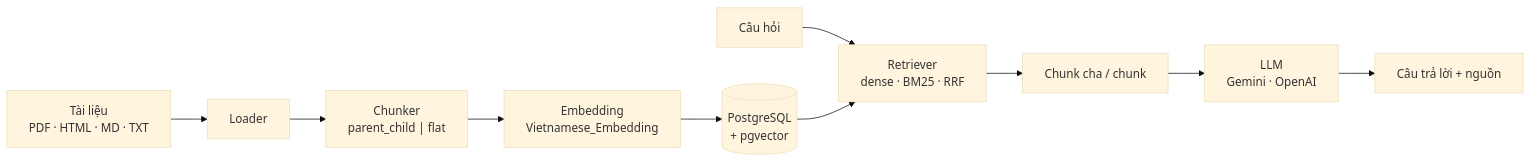
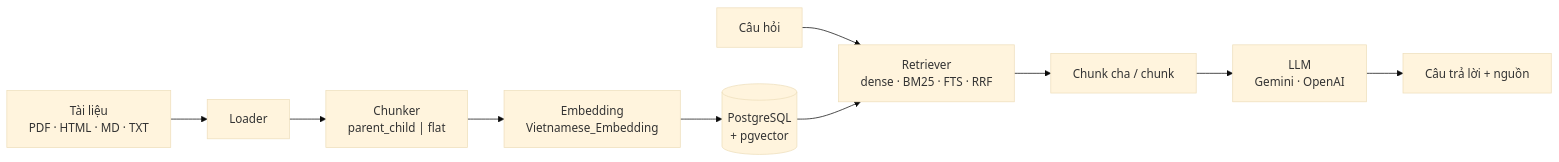
One commit to tanh8805/rag-assistant changed the diagram in README.md. Above: the diagram before and after it, drawn with Mermaid (base theme). The commit also changed other lines of this file and 15 other files, not shown here.

````diff
--- a/README.md
+++ b/README.md
@@ -20,12 +20,12 @@
 ```mermaid
 flowchart LR
     D["Tài liệu<br/>PDF · HTML · MD · TXT"] --> L1[Loader]
     L1 --> C["Chunker<br/>parent_child | flat"]
     C --> E["Embedding<br/>Vietnamese_Embedding"]
     E --> DB[("PostgreSQL<br/>+ pgvector")]
-    Q[Câu hỏi] --> R["Retriever<br/>dense · BM25 · RRF"]
+    Q[Câu hỏi] --> R["Retriever<br/>dense · BM25 · FTS · RRF"]
     DB --> R
     R --> P["Chunk cha / chunk"]
     P --> G["LLM<br/>Gemini · OpenAI"]
     G --> A["Câu trả lời + nguồn"]
 ```
````
